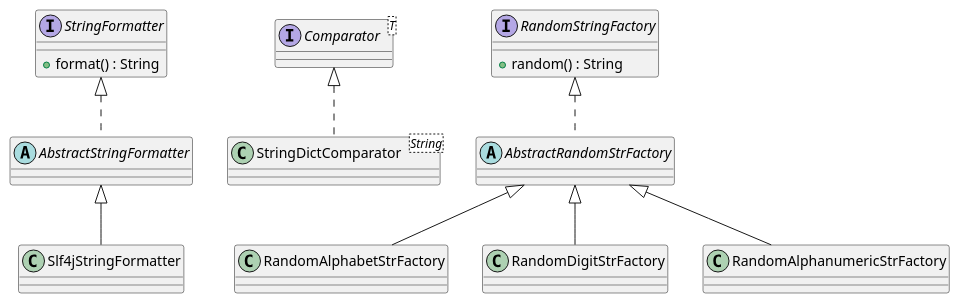
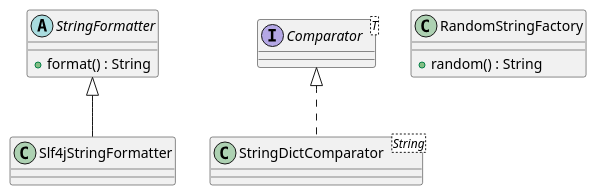
The diagram in beehive-core/src/main/resources/design-thought/string/String-class-diagram.puml (akudy/beehive-parent), drawn with PlantUML before and after one commit. The commit also changed 13 other files, not shown here.

```diff
--- a/beehive-core/src/main/resources/design-thought/string/String-class-diagram.puml
+++ b/beehive-core/src/main/resources/design-thought/string/String-class-diagram.puml
@@ -1,30 +1,19 @@
 @startuml
 
-interface StringFormatter {
+abstract class StringFormatter {
     +format() : String
 }
-abstract class AbstractStringFormatter
 class Slf4jStringFormatter
 
-StringFormatter <|.. AbstractStringFormatter
-AbstractStringFormatter <|-- Slf4jStringFormatter
+StringFormatter <|-- Slf4jStringFormatter
 
 interface Comparator<T>
 class StringDictComparator<String>
 
 Comparator <|.. StringDictComparator
 
-interface RandomStringFactory {
+class RandomStringFactory{
     +random() : String
 }
-abstract class AbstractRandomStrFactory
-class RandomAlphabetStrFactory
-class RandomDigitStrFactory
-class RandomAlphanumericStrFactory
-
-RandomStringFactory <|.. AbstractRandomStrFactory
-AbstractRandomStrFactory <|-- RandomAlphabetStrFactory
-AbstractRandomStrFactory <|-- RandomDigitStrFactory
-AbstractRandomStrFactory <|-- RandomAlphanumericStrFactory
 
 @enduml
```
